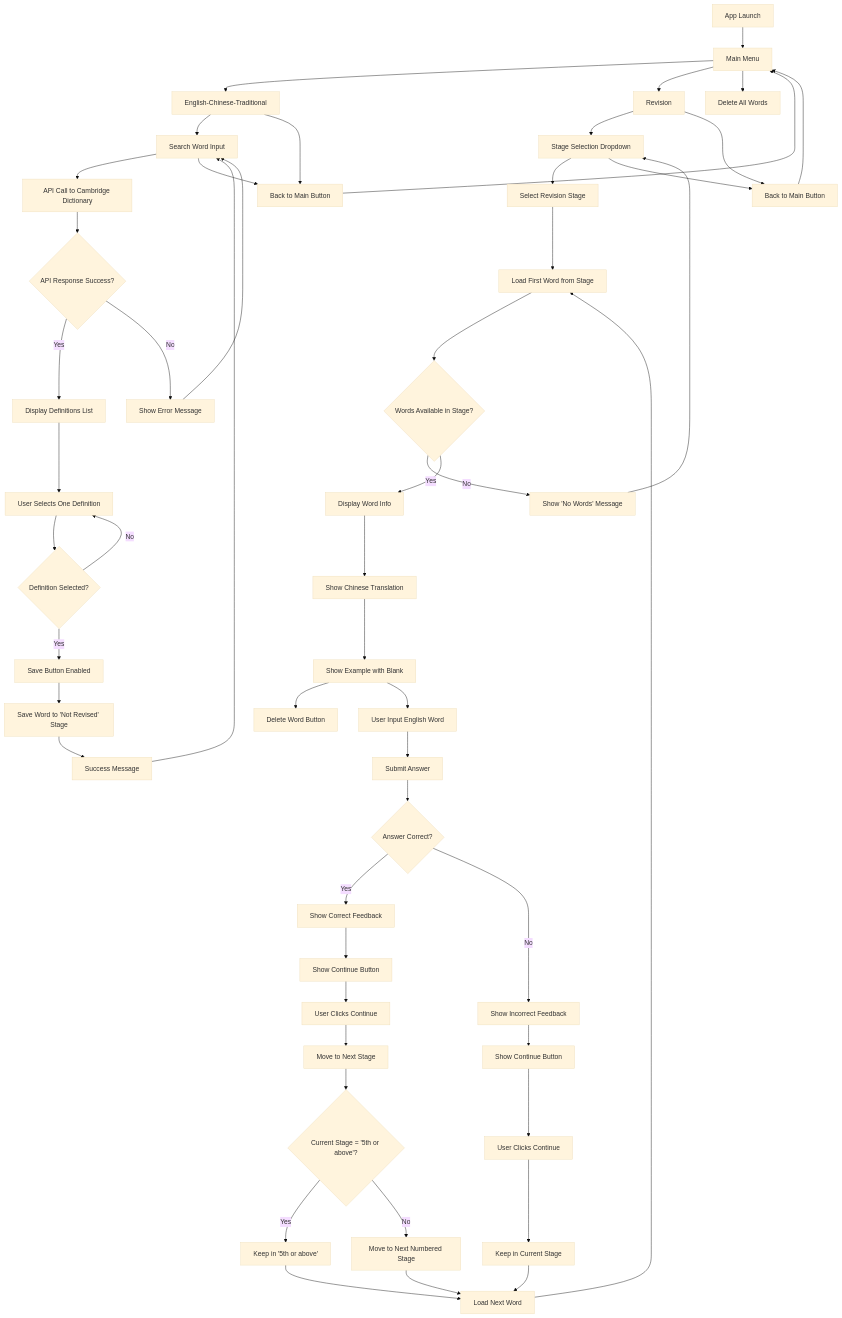
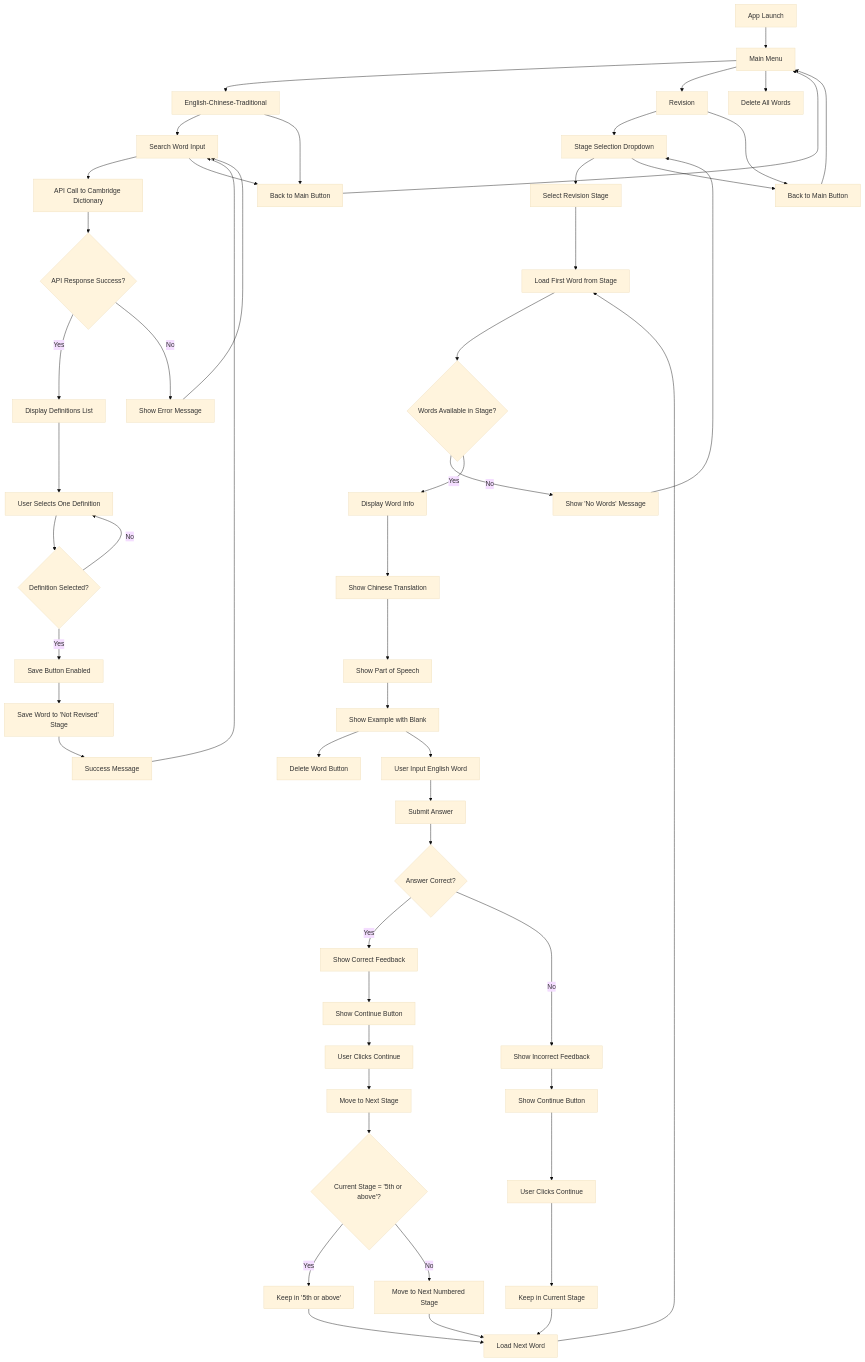
The first of 11 diagrams in architecture/flow.md (Pak123Pak/english-learning-android-app), drawn with Mermaid (base theme) before and after one commit. The commit also changed 7 other files, not shown here.

````diff
--- a/architecture/flow.md
+++ b/architecture/flow.md
@@ -6,67 +6,68 @@
 ```mermaid
 graph TD
     A[App Launch] --> B[Main Menu]
     B --> C[English-Chinese-Traditional]
     B --> D[Revision]
     B --> DA[Delete All Words]
     
     C --> E[Search Word Input]
     E --> F[API Call to Cambridge Dictionary]
     F --> G{API Response Success?}
     G -->|Yes| H[Display Definitions List]
     G -->|No| I[Show Error Message]
     I --> E
     
     H --> J[User Selects One Definition]
     J --> K{Definition Selected?}
     K -->|No| J
     K -->|Yes| L[Save Button Enabled]
     L --> M[Save Word to 'Not Revised' Stage]
     M --> N[Success Message]
     N --> E
     
     C --> CB[Back to Main Button]
     CB --> B
     E --> CB
     
     D --> O[Stage Selection Dropdown]
     O --> P[Select Revision Stage]
     P --> Q[Load First Word from Stage]
     Q --> R{Words Available in Stage?}
     R -->|No| S[Show 'No Words' Message]
     R -->|Yes| T[Display Word Info]
     
     T --> U[Show Chinese Translation]
-    U --> V[Show Example with Blank]
+    U --> UP[Show Part of Speech]
+    UP --> V[Show Example with Blank]
     V --> DW[Delete Word Button]
     V --> W[User Input English Word]
     W --> X[Submit Answer]
     X --> Y{Answer Correct?}
     
     Y -->|Yes| YC[Show Correct Feedback]
     Y -->|No| YI[Show Incorrect Feedback]
     
     YC --> ZC[Show Continue Button]
     YI --> ZI[Show Continue Button]
     
     ZC --> UC[User Clicks Continue]
     ZI --> UI[User Clicks Continue]
     
     UC --> Z[Move to Next Stage]
     UI --> AA[Keep in Current Stage]
     
     Z --> BB{Current Stage = '5th or above'?}
     BB -->|Yes| CC[Keep in '5th or above']
     BB -->|No| DD[Move to Next Numbered Stage]
     
     CC --> EE[Load Next Word]
     DD --> EE
     AA --> EE
     EE --> Q
     
     S --> O
     
     D --> DB[Back to Main Button]
     DB --> B
     O --> DB
 ```
````
